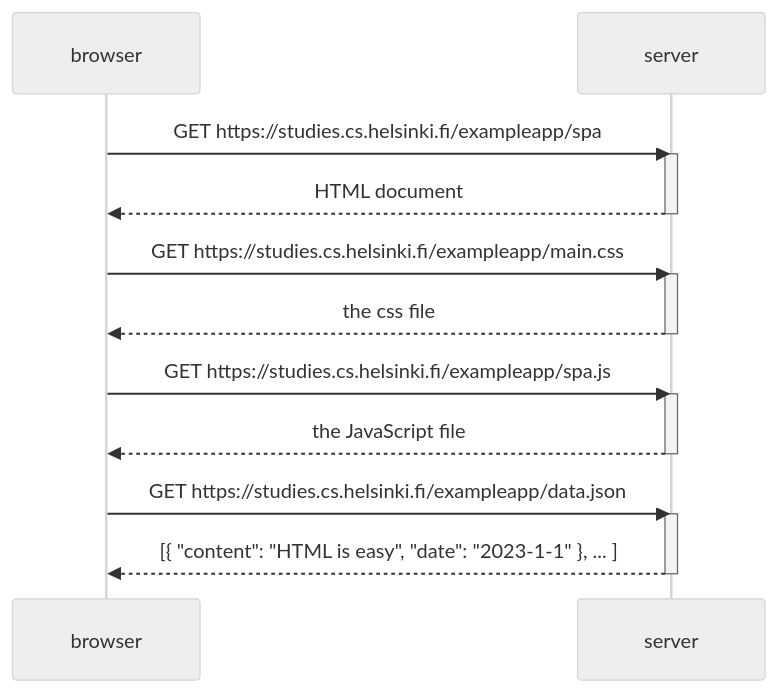
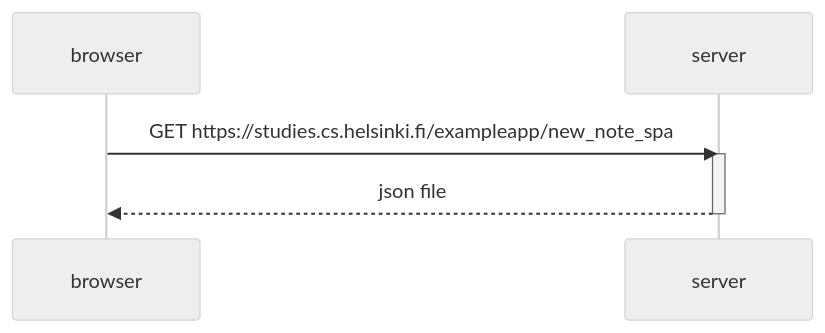
The diagram in osa0/0.6_uusi_muistiinpano.md (koodariketku/palautusrepositorio), drawn with Mermaid (neutral theme) before and after one commit.

````diff
--- a/osa0/0.6_uusi_muistiinpano.md
+++ b/osa0/0.6_uusi_muistiinpano.md
@@ -1,26 +1,11 @@
 ```mermaid
 sequenceDiagram
     participant browser
     participant server
     
-    browser->>server: GET https://studies.cs.helsinki.fi/exampleapp/spa
+    browser->>server: GET https://studies.cs.helsinki.fi/exampleapp/new_note_spa
     activate server
-    server-->>browser: HTML document
+    server-->>browser: json file
     deactivate server
-    
-    browser->>server: GET https://studies.cs.helsinki.fi/exampleapp/main.css
-    activate server
-    server-->>browser: the css file
-    deactivate server
-    
-    browser->>server: GET https://studies.cs.helsinki.fi/exampleapp/spa.js
-    activate server
-    server-->>browser: the JavaScript file
-    deactivate server
-    
-    
-    browser->>server: GET https://studies.cs.helsinki.fi/exampleapp/data.json
-    activate server
-    server-->>browser: [{ "content": "HTML is easy", "date": "2023-1-1" }, ... ]
-    deactivate server    
+      
 ```
````
